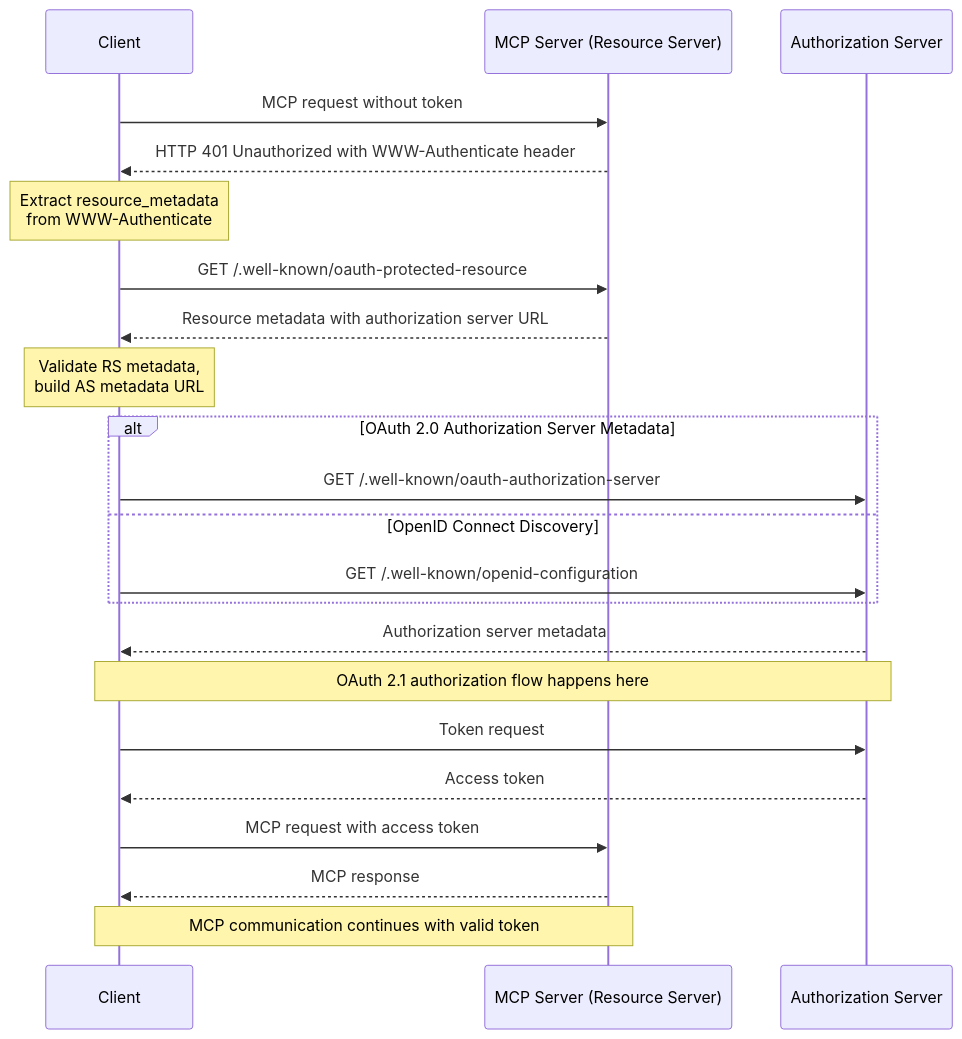
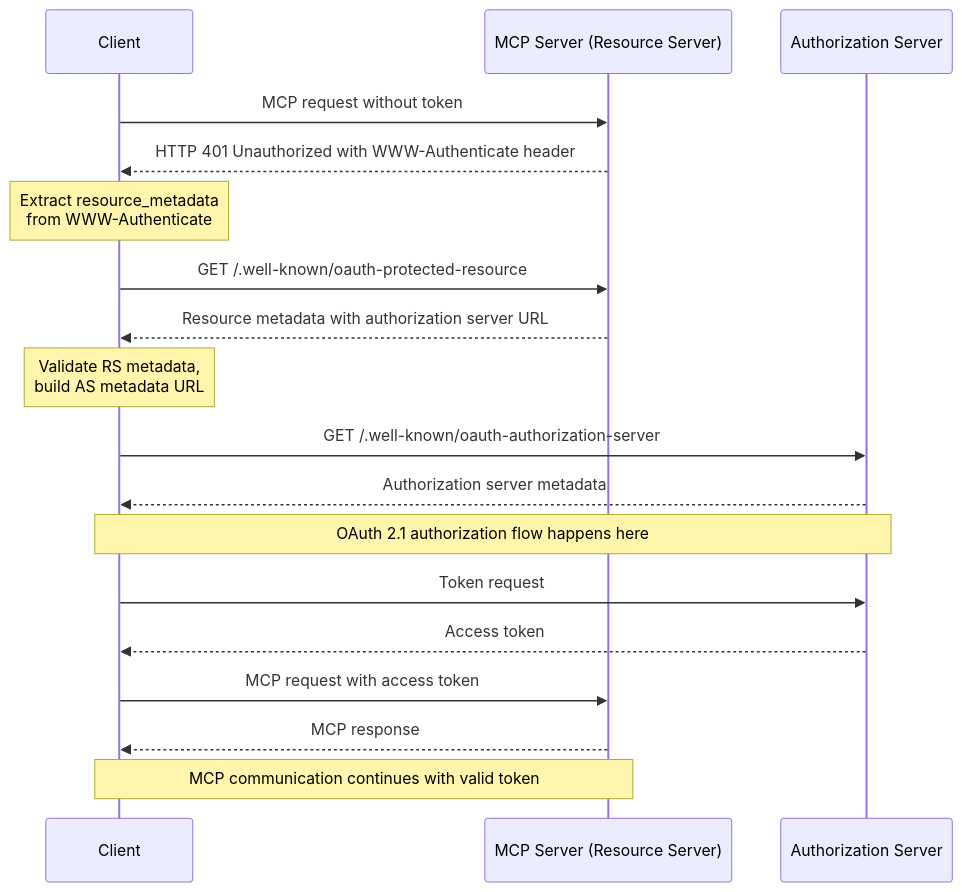
Before and after one commit to tobinsouth/modelcontextprotocol: the first of 2 diagrams in docs/specification/draft/basic/authorization.mdx, drawn with Mermaid. The commit also changed other lines of this file, not shown here.

First line of the commit message:
Revert "feat: enhance auth server discovery with OAuth2 and OpenID metadata support"

````diff
--- a/docs/specification/draft/basic/authorization.mdx
+++ b/docs/specification/draft/basic/authorization.mdx
@@ -101,30 +103,26 @@
 ```mermaid
 sequenceDiagram
     participant C as Client
     participant M as MCP Server (Resource Server)
     participant A as Authorization Server
 
     C->>M: MCP request without token
     M-->>C: HTTP 401 Unauthorized with WWW-Authenticate header
     Note over C: Extract resource_metadata<br />from WWW-Authenticate
 
     C->>M: GET /.well-known/oauth-protected-resource
     M-->>C: Resource metadata with authorization server URL
     Note over C: Validate RS metadata,<br />build AS metadata URL
 
-    alt OAuth 2.0 Authorization Server Metadata
-        C->>A: GET /.well-known/oauth-authorization-server
-    else OpenID Connect Discovery
-        C->>A: GET /.well-known/openid-configuration
-    end
+    C->>A: GET /.well-known/oauth-authorization-server
     A-->>C: Authorization server metadata
 
     Note over C,A: OAuth 2.1 authorization flow happens here
 
     C->>A: Token request
     A-->>C: Access token
 
     C->>M: MCP request with access token
     M-->>C: MCP response
     Note over C,M: MCP communication continues with valid token
 ```
````
